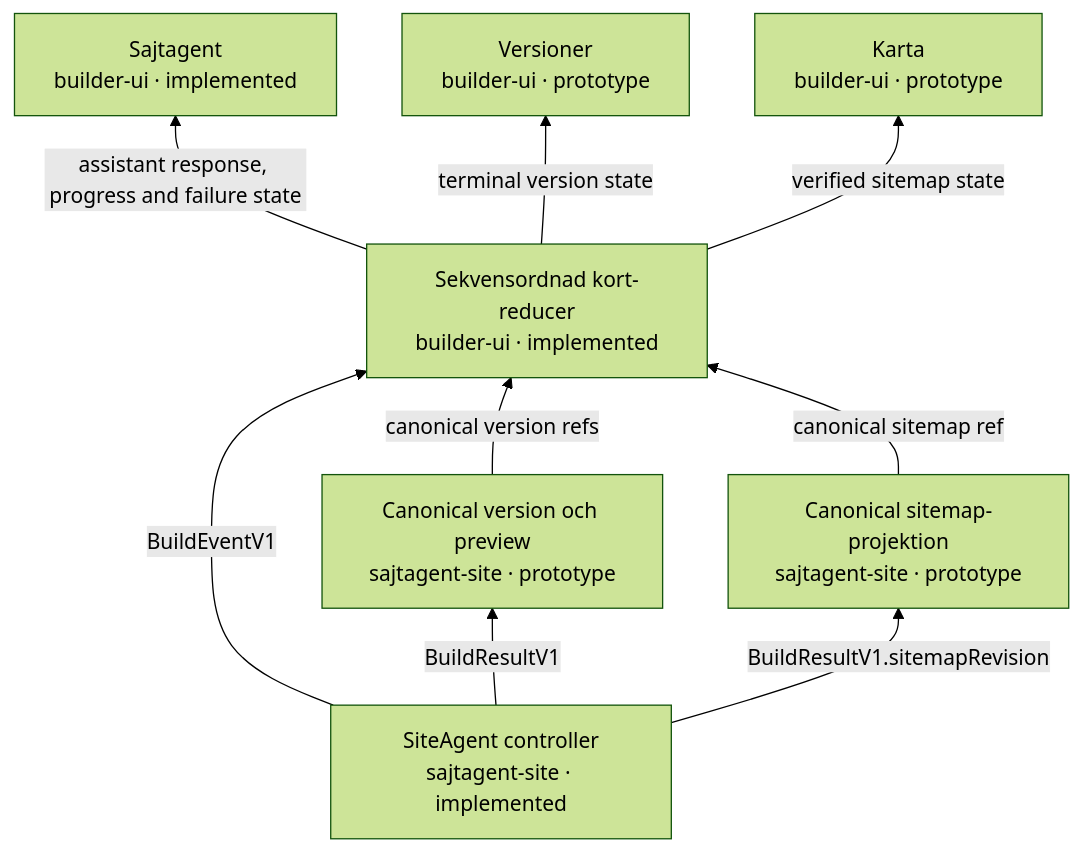
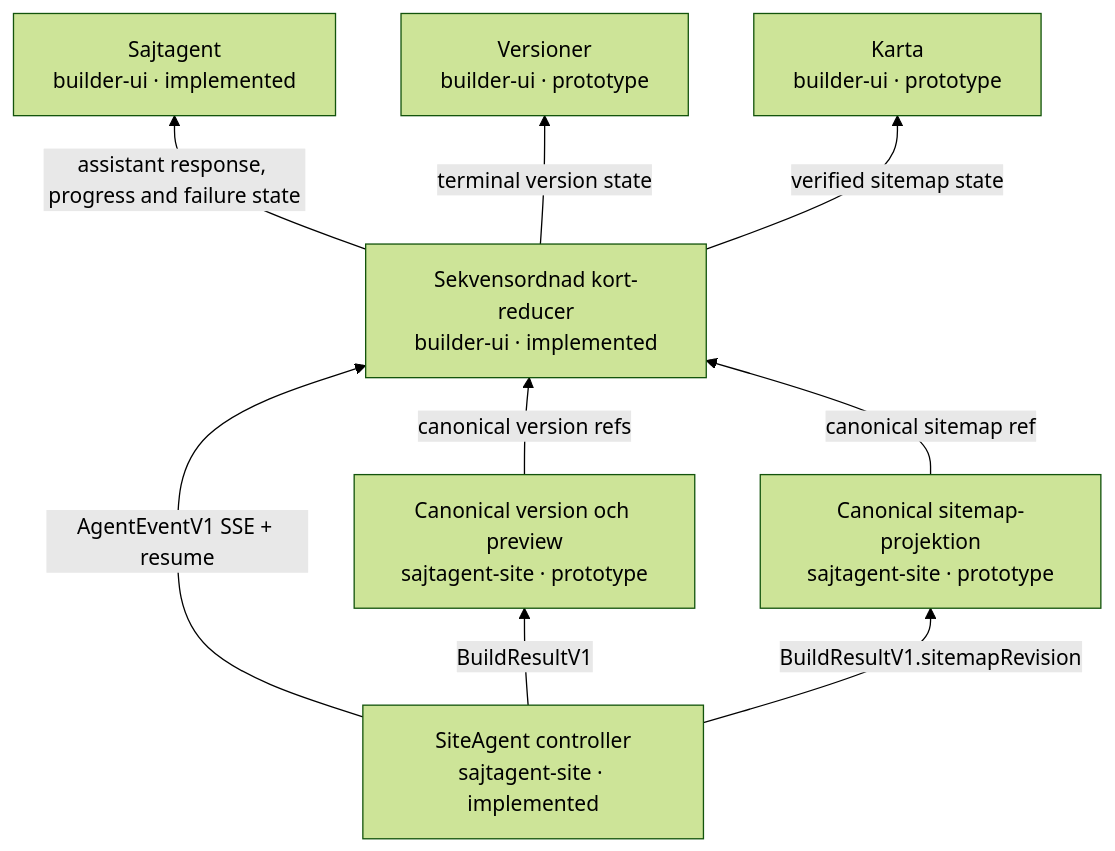
Before and after one commit to Jakeminator123/sajtagent-site: the second of 2 diagrams in docs/card-flow.md, drawn with Mermaid (forest theme). The commit also changed other lines of this file and 18 other files, not shown here.

````diff
--- a/docs/card-flow.md
+++ b/docs/card-flow.md
@@ -26,18 +26,18 @@
 ```mermaid
 flowchart BT
     n_product_controller["SiteAgent controller<br/>sajtagent-site · implemented"]
     n_product_version["Canonical version och preview<br/>sajtagent-site · prototype"]
     n_product_controller -->|"BuildResultV1"| n_product_version
     n_product_sitemap["Canonical sitemap-projektion<br/>sajtagent-site · prototype"]
     n_product_controller -->|"BuildResultV1.sitemapRevision"| n_product_sitemap
     n_ui_event_reducer["Sekvensordnad kort-reducer<br/>builder-ui · implemented"]
-    n_product_controller -->|"BuildEventV1"| n_ui_event_reducer
+    n_product_controller -->|"AgentEventV1 SSE + resume"| n_ui_event_reducer
     n_product_version -->|"canonical version refs"| n_ui_event_reducer
     n_product_sitemap -->|"canonical sitemap ref"| n_ui_event_reducer
     n_card_agent["Sajtagent<br/>builder-ui · implemented"]
     n_ui_event_reducer -->|"assistant response, progress and failure state"| n_card_agent
     n_card_versions["Versioner<br/>builder-ui · prototype"]
     n_ui_event_reducer -->|"terminal version state"| n_card_versions
     n_card_map["Karta<br/>builder-ui · prototype"]
     n_ui_event_reducer -->|"verified sitemap state"| n_card_map
 ```
````
